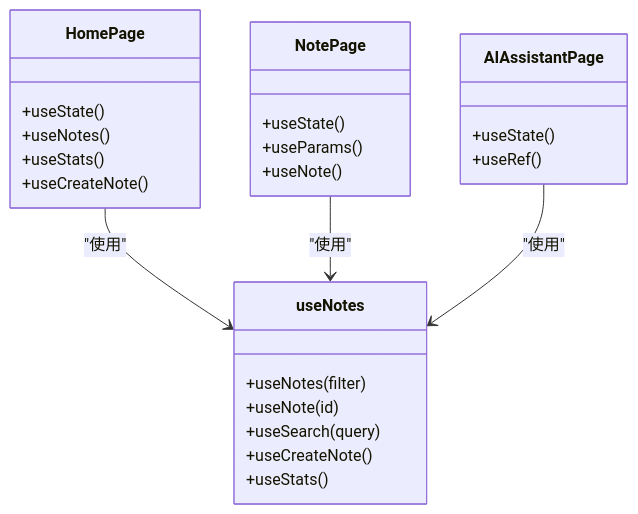
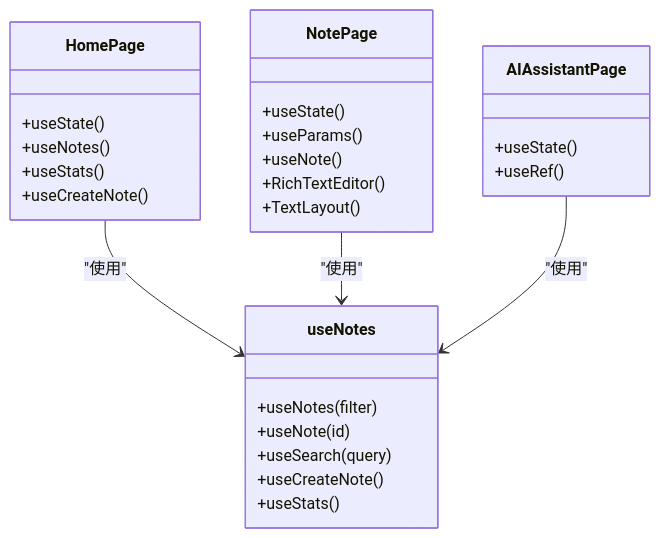
Before and after one commit to acproject/tomato_notebook: the seventh of 11 diagrams in .qoder/repowiki/zh/content/Web前端应用/UI组件系统.md, drawn with Mermaid. The commit also changed other lines of this file and 14 other files, not shown here.

````diff
--- a/.qoder/repowiki/zh/content/Web前端应用/UI组件系统.md
+++ b/.qoder/repowiki/zh/content/Web前端应用/UI组件系统.md
@@ -302,28 +331,30 @@
 ```mermaid
 classDiagram
 class HomePage {
 +useState()
 +useNotes()
 +useStats()
 +useCreateNote()
 }
 class NotePage {
 +useState()
 +useParams()
 +useNote()
++RichTextEditor()
++TextLayout()
 }
 class AIAssistantPage {
 +useState()
 +useRef()
 }
 class useNotes {
 +useNotes(filter)
 +useNote(id)
 +useSearch(query)
 +useCreateNote()
 +useStats()
 }
 HomePage --> useNotes : "使用"
 NotePage --> useNotes : "使用"
 AIAssistantPage --> useNotes : "使用"
 ```
````
